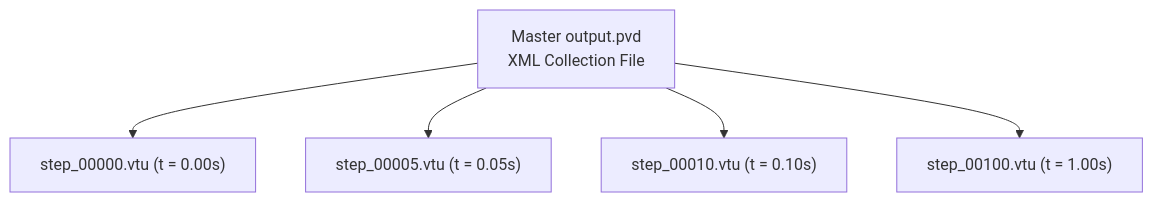
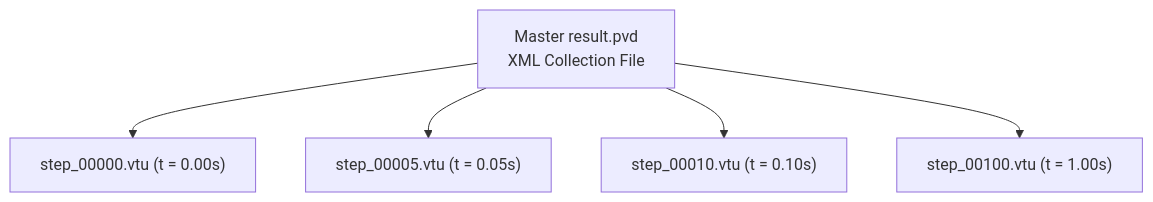
Before and after one commit to tanadul-s/psierra: the diagram in docs/06_solvers_and_analysis_pipelines.md, drawn with Mermaid. The commit also changed other lines of this file and 1 other file, not shown here.

````diff
--- a/docs/06_solvers_and_analysis_pipelines.md
+++ b/docs/06_solvers_and_analysis_pipelines.md
@@ -158,13 +182,13 @@
 ```mermaid
 flowchart TD
-    PVD["Master output.pvd<br/>XML Collection File"]
+    PVD["Master result.pvd<br/>XML Collection File"]
     VTU0["step_00000.vtu (t = 0.00s)"]
     VTU1["step_00005.vtu (t = 0.05s)"]
     VTU2["step_00010.vtu (t = 0.10s)"]
     VTUn["step_00100.vtu (t = 1.00s)"]
 
     PVD --> VTU0
     PVD --> VTU1
     PVD --> VTU2
     PVD --> VTUn
 ```
````
